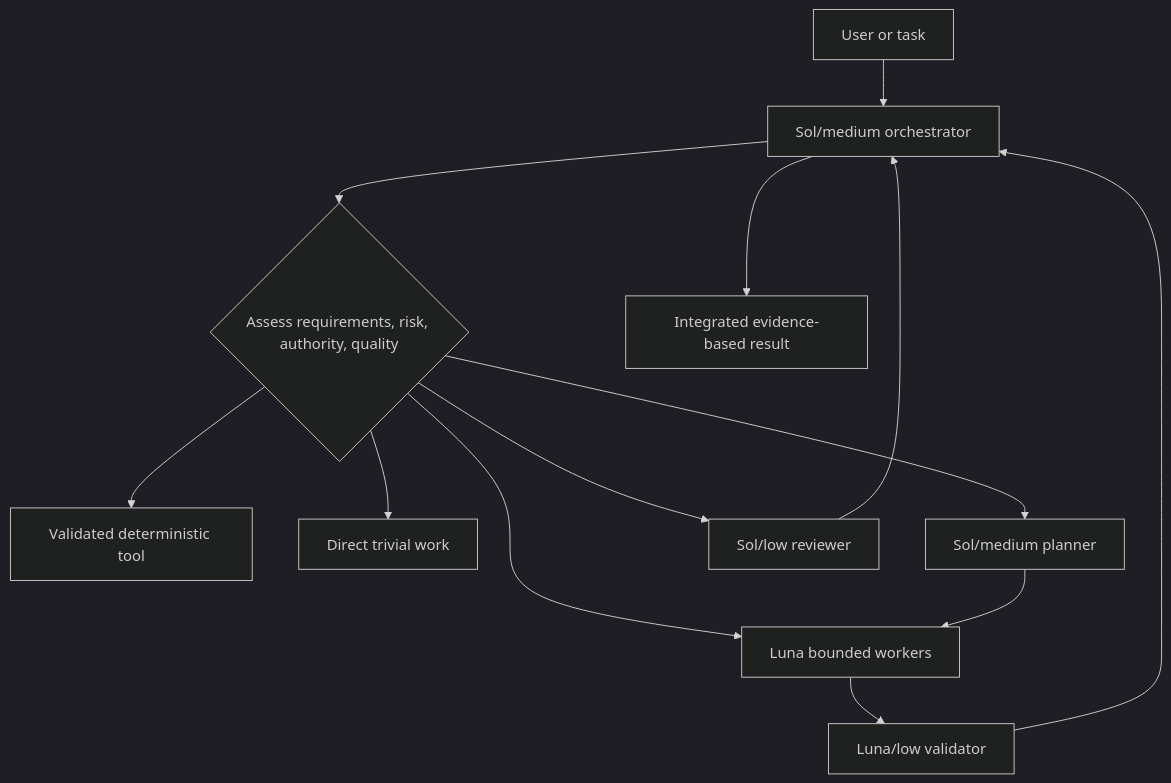
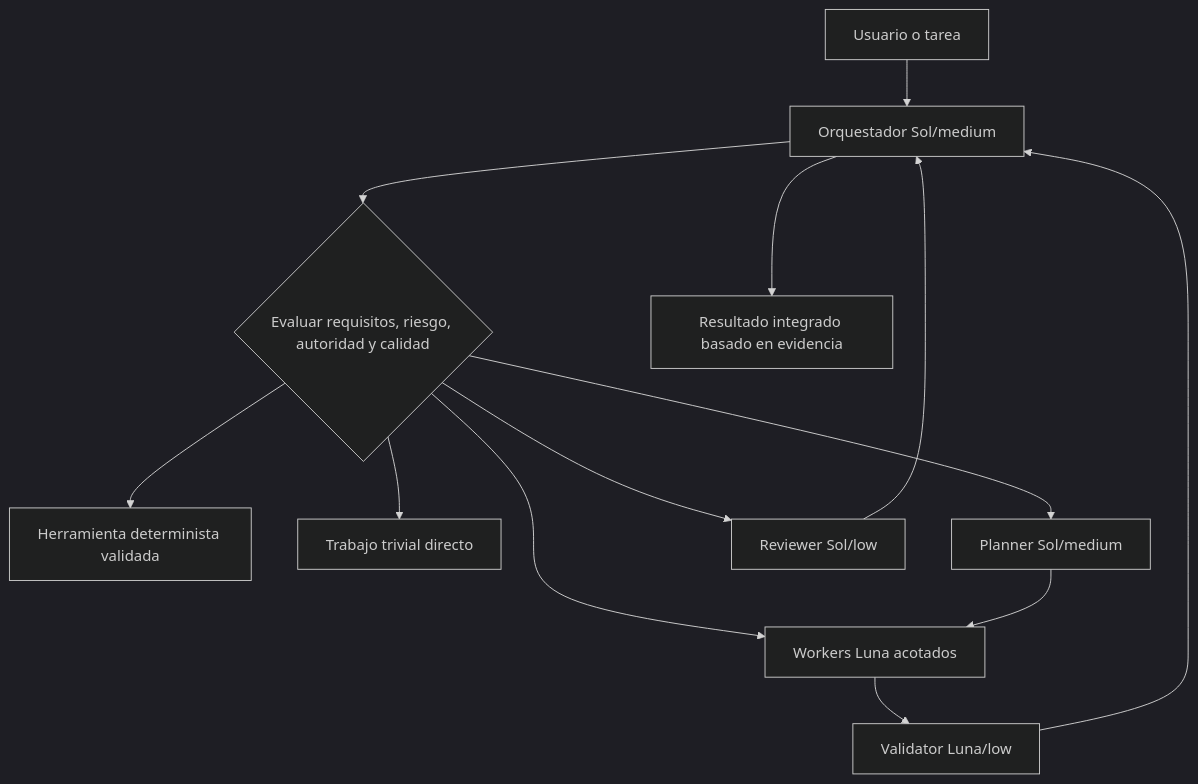
One commit to der-kaffe/bio-harness changed the first of 2 diagrams in docs/architecture.md. Above: the diagram before and after it, drawn with Mermaid (dark theme). The commit also changed other lines of this file and 27 other files, not shown here.

````diff
--- a/docs/architecture.md
+++ b/docs/architecture.md
@@ -7,15 +7,15 @@
 ```mermaid
 flowchart TD
-    U[User or task] --> O[Sol/medium orchestrator]
-    O --> A{Assess requirements, risk, authority, quality}
-    A --> T[Validated deterministic tool]
-    A --> D[Direct trivial work]
-    A --> W[Luna bounded workers]
-    A --> P[Sol/medium planner]
-    A --> R[Sol/low reviewer]
-    W --> V[Luna/low validator]
+    U[Usuario o tarea] --> O[Orquestador Sol/medium]
+    O --> A{Evaluar requisitos, riesgo, autoridad y calidad}
+    A --> T[Herramienta determinista validada]
+    A --> D[Trabajo trivial directo]
+    A --> W[Workers Luna acotados]
+    A --> P[Planner Sol/medium]
+    A --> R[Reviewer Sol/low]
+    W --> V[Validator Luna/low]
     P --> W
     R --> O
     V --> O
-    O --> F[Integrated evidence-based result]
+    O --> F[Resultado integrado basado en evidencia]
 ```
````
